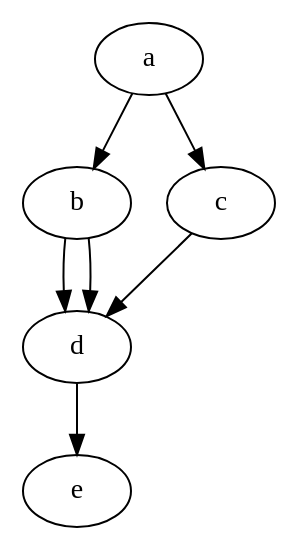
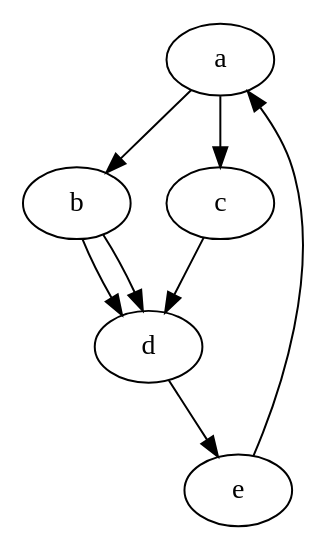
One commit to angelo-rbs/grafos changed the diagram in teste/data/digraph2.gv. Above: the diagram before and after it, drawn with Graphviz. The commit also changed 1 other file, not shown here.

```diff
--- a/teste/data/digraph2.gv
+++ b/teste/data/digraph2.gv
@@ -1,5 +1,5 @@
 digraph dg2 {
     a -> b -> d;
     a -> c -> d;
-    b -> d -> e;
+    b -> d -> e -> a;
 }
```
